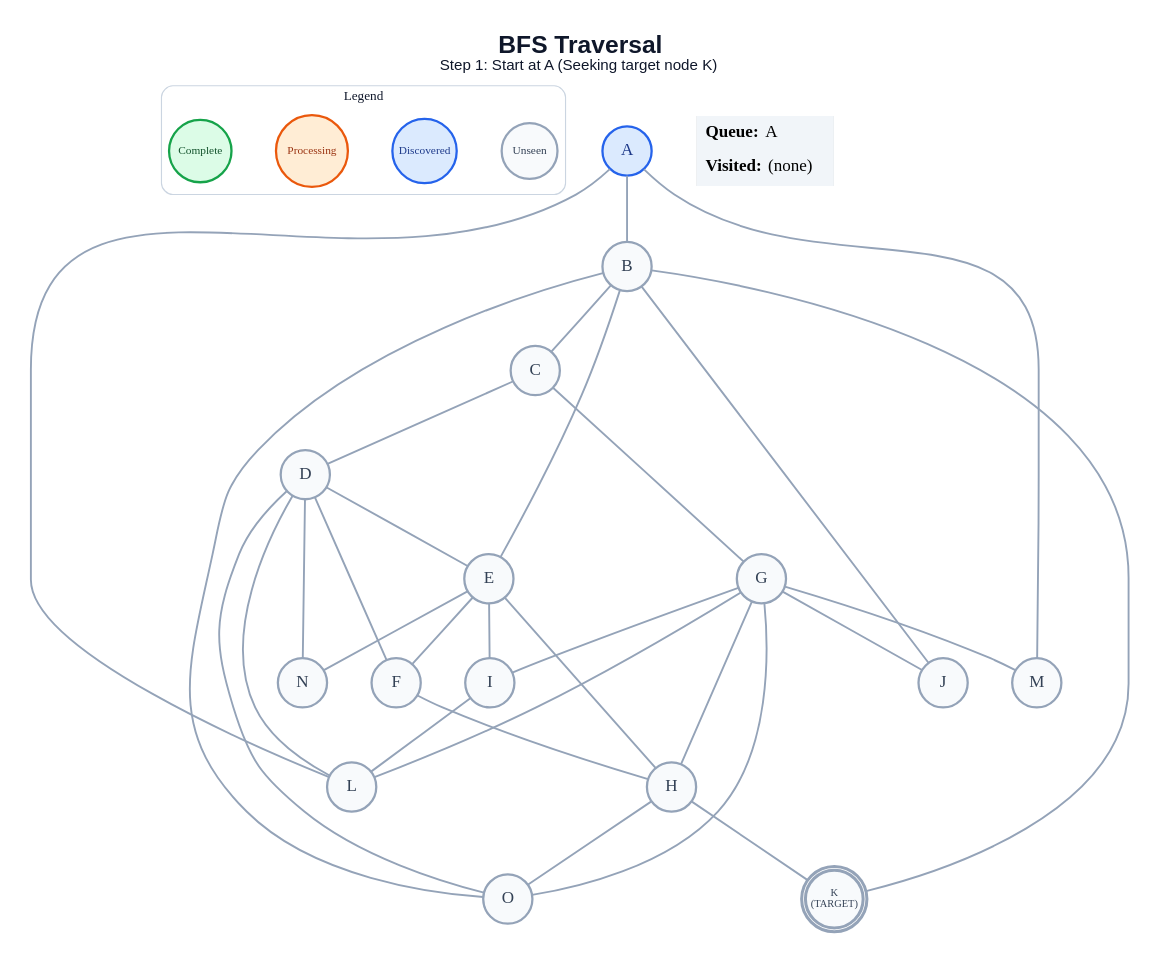
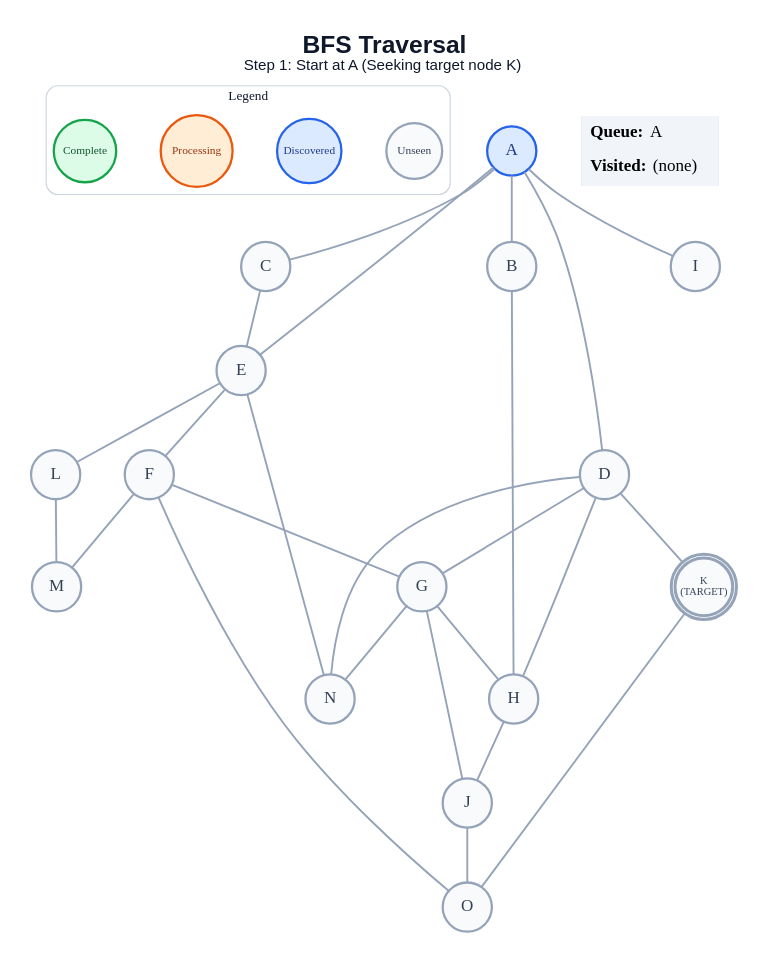
One commit to anon7238593-create/ai-slop changed the diagram in generated/specific-node/bfs/step_01.dot. Above: the diagram before and after it, drawn with Graphviz. The commit also changed 239 other files, not shown here.

```diff
--- a/generated/specific-node/bfs/step_01.dot
+++ b/generated/specific-node/bfs/step_01.dot
@@ -1,63 +1,58 @@
 graph traversal {
   graph [layout=dot, rankdir=TB, bgcolor="#FFFFFF", pad="0.35", nodesep="0.65", ranksep="0.8", fontname="Arial"];
   node [shape=circle, style="filled", fontname="Arial Bold", fontsize=18, width=0.72, fixedsize=true, penwidth=2.4];
   edge [color="#94A3B8", penwidth=2.0];
   label=<<B>BFS Traversal</B><BR/><FONT POINT-SIZE="16">Step 1: Start at A (Seeking target node K)</FONT>>; labelloc="t"; fontsize=26; fontname="Arial"; fontcolor="#0F172A";
   subgraph cluster_legend { label="Legend"; color="#CBD5E1"; penwidth=1.2; style="rounded"; fontsize=14; fontname="Arial Bold";
     key_unseen [label="Unseen", fillcolor="#F8FAFC", color="#94A3B8", fontcolor="#334155", fontsize=12, width=0.82];
     key_frontier [label="Discovered", fillcolor="#DBEAFE", color="#2563EB", fontcolor="#1E3A8A", fontsize=12, width=0.95];
     key_current [label="Processing", fillcolor="#FFEDD5", color="#EA580C", fontcolor="#9A3412", fontsize=12, width=1.05];
     key_done [label="Complete", fillcolor="#DCFCE7", color="#16A34A", fontcolor="#14532D", fontsize=12, width=0.92];
     { rank=same; key_unseen; key_frontier; key_current; key_done; }
   }
   A [label="A", fillcolor="#DBEAFE", color="#2563EB", fontcolor="#1E3A8A", peripheries=1, penwidth=2.4];
   B [label="B", fillcolor="#F8FAFC", color="#94A3B8", fontcolor="#334155", peripheries=1, penwidth=2.4];
   C [label="C", fillcolor="#F8FAFC", color="#94A3B8", fontcolor="#334155", peripheries=1, penwidth=2.4];
   D [label="D", fillcolor="#F8FAFC", color="#94A3B8", fontcolor="#334155", peripheries=1, penwidth=2.4];
   E [label="E", fillcolor="#F8FAFC", color="#94A3B8", fontcolor="#334155", peripheries=1, penwidth=2.4];
   F [label="F", fillcolor="#F8FAFC", color="#94A3B8", fontcolor="#334155", peripheries=1, penwidth=2.4];
   G [label="G", fillcolor="#F8FAFC", color="#94A3B8", fontcolor="#334155", peripheries=1, penwidth=2.4];
   H [label="H", fillcolor="#F8FAFC", color="#94A3B8", fontcolor="#334155", peripheries=1, penwidth=2.4];
   I [label="I", fillcolor="#F8FAFC", color="#94A3B8", fontcolor="#334155", peripheries=1, penwidth=2.4];
   J [label="J", fillcolor="#F8FAFC", color="#94A3B8", fontcolor="#334155", peripheries=1, penwidth=2.4];
   K [label="K\n(TARGET)", fillcolor="#F8FAFC", color="#94A3B8", fontcolor="#334155", peripheries=2, penwidth=3.2, fontsize=11, width=0.85, height=0.85];
   L [label="L", fillcolor="#F8FAFC", color="#94A3B8", fontcolor="#334155", peripheries=1, penwidth=2.4];
   M [label="M", fillcolor="#F8FAFC", color="#94A3B8", fontcolor="#334155", peripheries=1, penwidth=2.4];
   N [label="N", fillcolor="#F8FAFC", color="#94A3B8", fontcolor="#334155", peripheries=1, penwidth=2.4];
   O [label="O", fillcolor="#F8FAFC", color="#94A3B8", fontcolor="#334155", peripheries=1, penwidth=2.4];
   A -- B;
-  A -- L;
-  A -- M;
-  B -- C;
-  B -- E;
-  B -- J;
-  B -- K;
-  B -- O;
-  C -- D;
-  C -- G;
-  D -- E;
-  D -- F;
-  D -- L;
+  A -- C;
+  A -- D;
+  A -- E;
+  A -- I;
+  B -- H;
+  C -- E;
+  D -- G;
+  D -- H;
+  D -- K;
   D -- N;
-  D -- O;
   E -- F;
-  E -- H;
-  E -- I;
+  E -- L;
   E -- N;
-  F -- H;
+  F -- G;
+  F -- M;
+  F -- O;
   G -- H;
-  G -- I;
   G -- J;
-  G -- L;
-  G -- M;
-  G -- O;
-  H -- K;
-  H -- O;
-  I -- L;
+  G -- N;
+  H -- J;
+  J -- O;
+  K -- O;
+  L -- M;
   status [shape=plain, fixedsize=false, width=0, height=0, margin=0, label=<
     <TABLE BORDER="0" CELLBORDER="0" CELLPADDING="7" BGCOLOR="#F1F5F9">
       <TR><TD ALIGN="LEFT"><B>Queue:</B> A</TD></TR>
       <TR><TD ALIGN="LEFT"><B>Visited:</B> (none)</TD></TR>
     </TABLE>
   >];
 }
```
